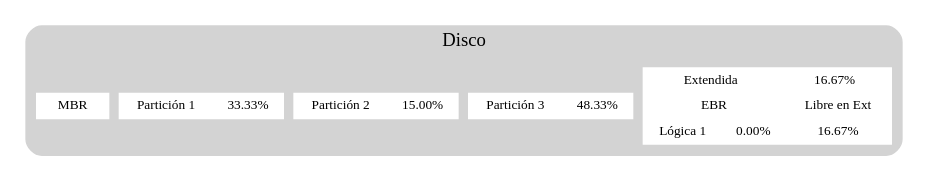
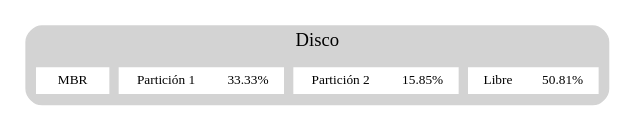
Before and after one commit to PabloR03/MIA_2S_P2_202201947: the diagram in atras-fin/ReporteDISK.dot, drawn with Graphviz. The commit also changed 5 other files, not shown here.

```diff
--- a/atras-fin/ReporteDISK.dot
+++ b/atras-fin/ReporteDISK.dot
@@ -1,21 +1,19 @@
 digraph G {
 node [shape=record, height=.1, fontsize=10];
 rankdir=LR;
 ranksep=0.1;
 nodesep=0.1;
 subgraph cluster0 {
 label="Disco";
 style="rounded,filled";
 color=lightgrey;
 node [style=filled, color=white];
 MBR [label="MBR"];
 P1 [label="{Partición 1|33.33%}"];
 MBR -> P1 [style=invis];
-P2 [label="{Partición 2|15.00%}"];
+P2 [label="{Partición 2|15.85%}"];
 P1 -> P2 [style=invis];
-P3 [label="{Partición 3|48.33%}"];
-P2 -> P3 [style=invis];
-P4 [label="{Extendida|16.67%}|{{EBR|{Lógica 1|0.00%}}|{Libre en Ext|16.67%}}"];
-P3 -> P4 [style=invis];
+FreeSpace [label="{Libre|50.81%}"];
+P2 -> FreeSpace [style=invis];
 }
 }
```
